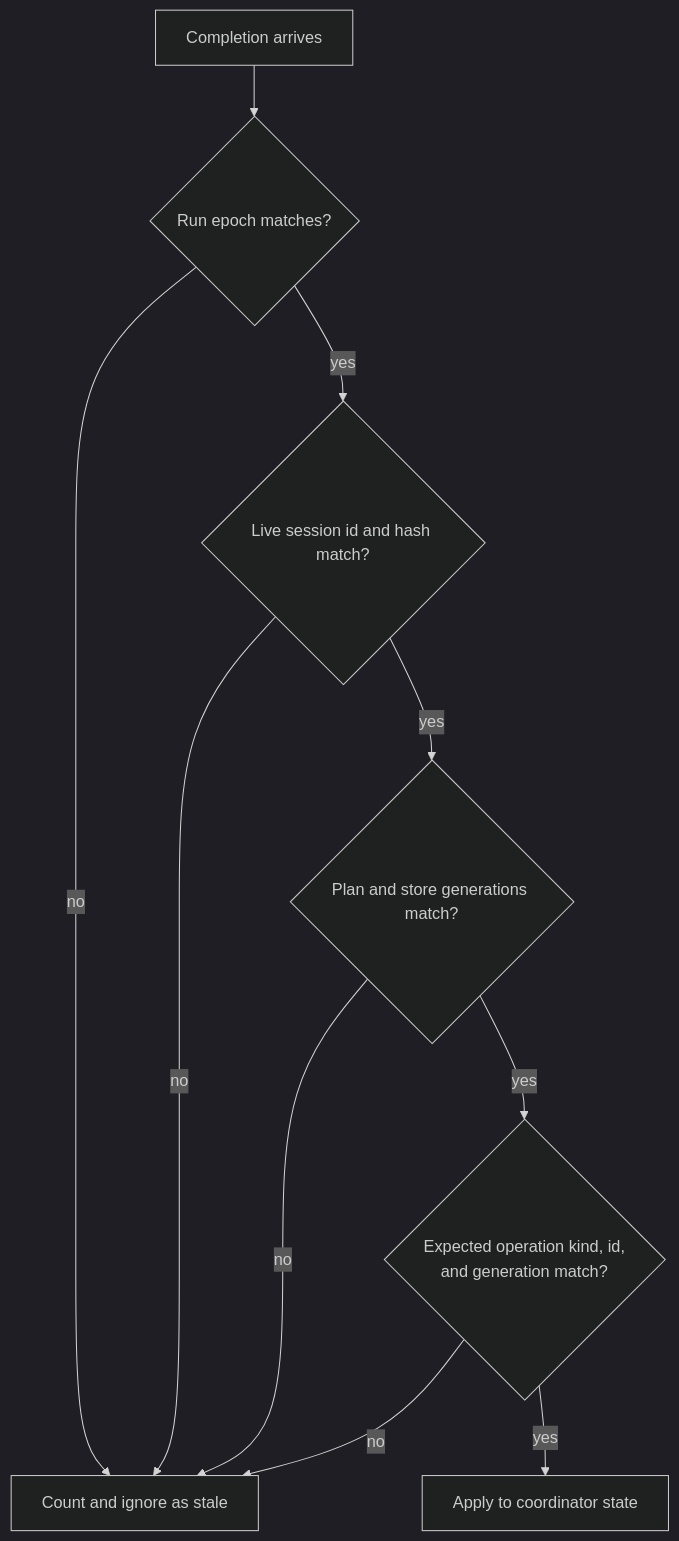
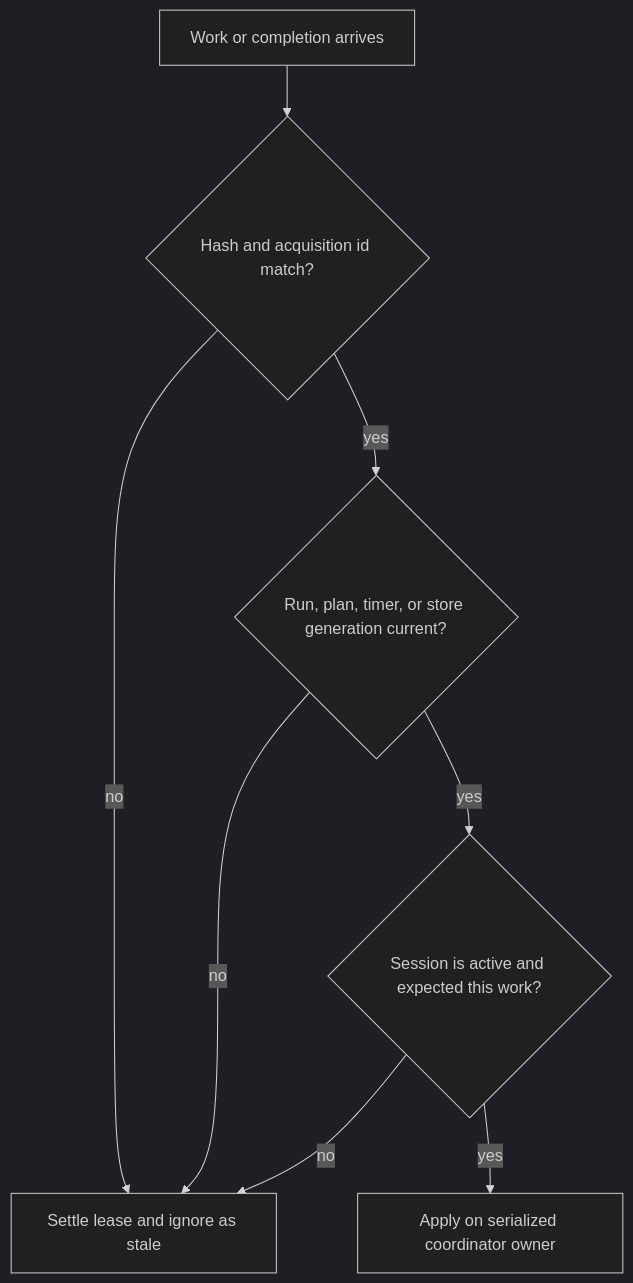
Before and after one commit to TusharPardhe/quaxar: the fifth of 10 diagrams in docs/ACQUISITION.md, drawn with Mermaid (dark theme). The commit also changed other lines of this file and 204 other files, not shown here.

````diff
--- a/docs/ACQUISITION.md
+++ b/docs/ACQUISITION.md
@@ -247,12 +235,10 @@
 ```mermaid
 flowchart TD
-    C[Completion arrives] --> R{Run epoch matches?}
-    R -- no --> STALE[Count and ignore as stale]
-    R -- yes --> S{Live session id and hash match?}
-    S -- no --> STALE
-    S -- yes --> G{Plan and store generations match?}
+    C[Work or completion arrives] --> S{Hash and acquisition id match?}
+    S -- no --> STALE[Settle lease and ignore as stale]
+    S -- yes --> G{Run, plan, timer, or store generation current?}
     G -- no --> STALE
-    G -- yes --> O{Expected operation kind, id,<br/>and generation match?}
+    G -- yes --> O{Session is active and expected this work?}
     O -- no --> STALE
-    O -- yes --> APPLY[Apply to coordinator state]
+    O -- yes --> APPLY[Apply on serialized coordinator owner]
 ```
````
